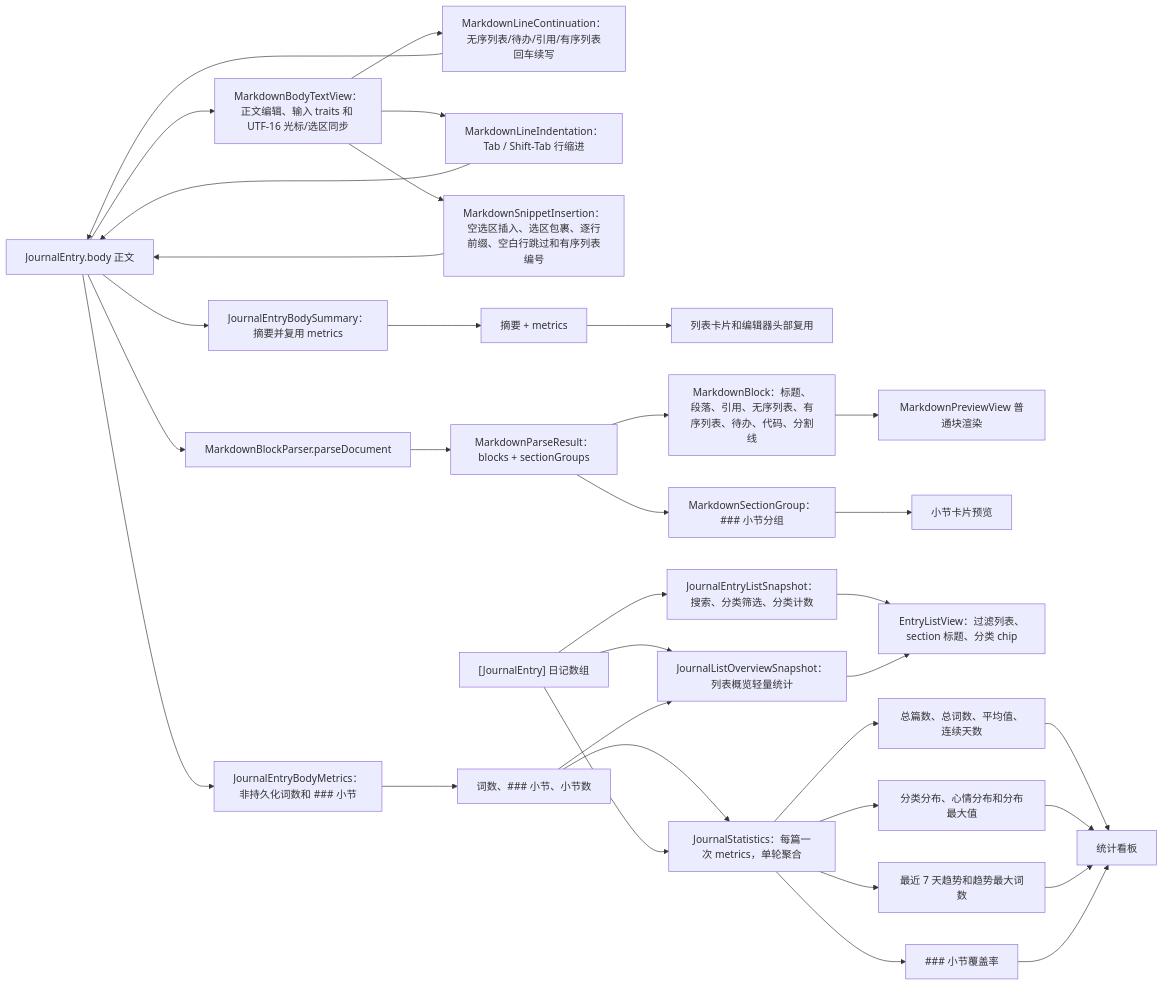
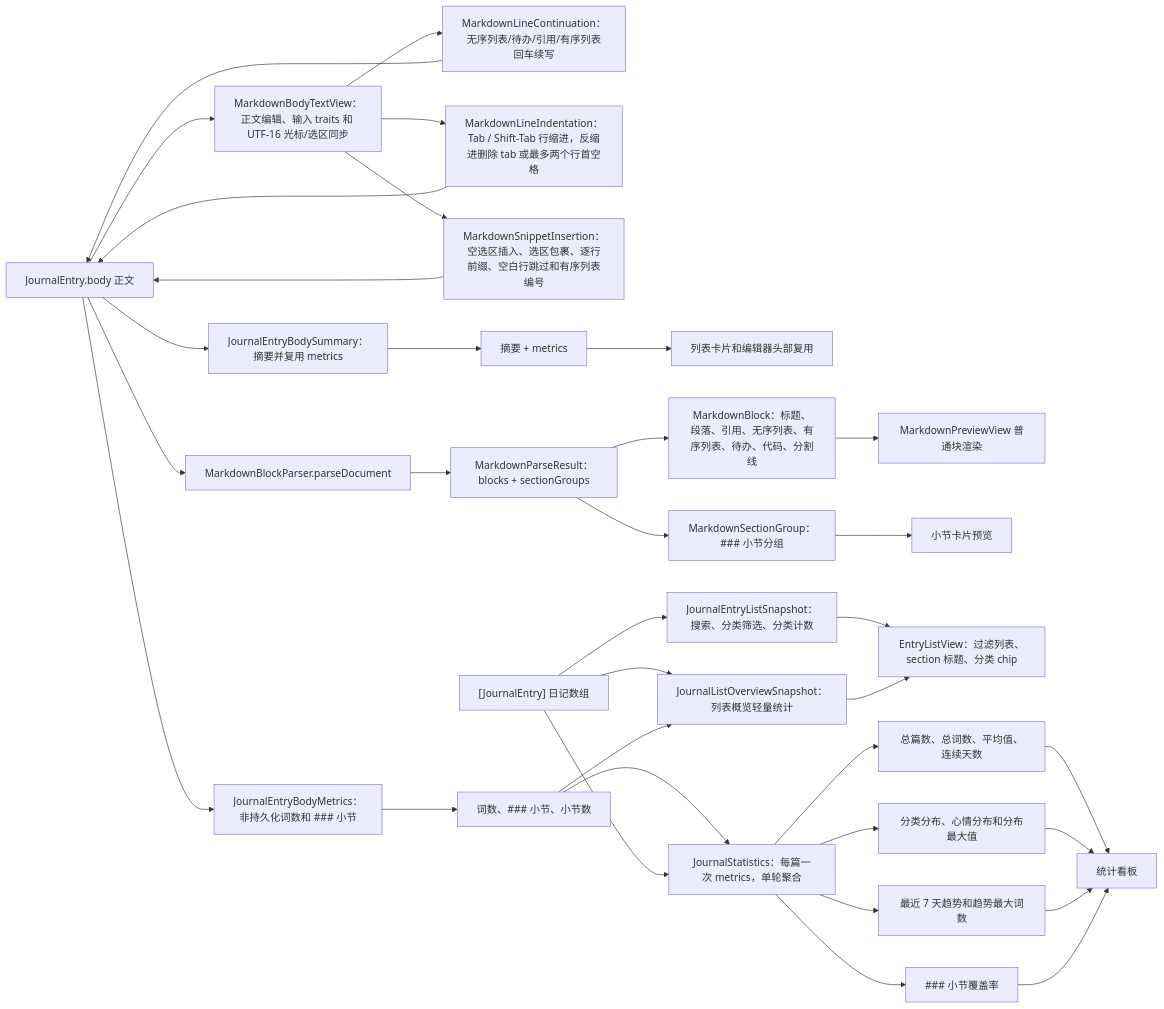
The fourth of 6 diagrams in md/flow/flowchart.md (Altman-sam114/117), drawn with Mermaid before and after one commit. The commit also changed other lines of this file and 8 other files, not shown here.

````diff
--- a/md/flow/flowchart.md
+++ b/md/flow/flowchart.md
@@ -119,36 +119,36 @@
 ```mermaid
 flowchart LR
   Body["JournalEntry.body 正文"] --> MetricsNode2["JournalEntryBodyMetrics：非持久化词数和 ### 小节"]
   Body --> Summary["JournalEntryBodySummary：摘要并复用 metrics"]
   Body --> BodyText["MarkdownBodyTextView：正文编辑、输入 traits 和 UTF-16 光标/选区同步"]
   BodyText --> ContinueRule["MarkdownLineContinuation：无序列表/待办/引用/有序列表回车续写"]
   ContinueRule --> Body
-  BodyText --> IndentRule["MarkdownLineIndentation：Tab / Shift-Tab 行缩进"]
+  BodyText --> IndentRule["MarkdownLineIndentation：Tab / Shift-Tab 行缩进，反缩进删除 tab 或最多两个行首空格"]
   IndentRule --> Body
   BodyText --> InsertRule["MarkdownSnippetInsertion：空选区插入、选区包裹、逐行前缀、空白行跳过和有序列表编号"]
   InsertRule --> Body
   MetricsNode2 --> MetricsData["词数、### 小节、小节数"]
   Summary --> Excerpt["摘要 + metrics"]
   Excerpt --> RowEditor["列表卡片和编辑器头部复用"]
   MetricsData --> Statistics["JournalStatistics：每篇一次 metrics，单轮聚合"]
   Body --> Parse["MarkdownBlockParser.parseDocument"]
   Parse --> Result["MarkdownParseResult：blocks + sectionGroups"]
   Result --> Blocks["MarkdownBlock：标题、段落、引用、无序列表、有序列表、待办、代码、分割线"]
   Blocks --> Preview["MarkdownPreviewView 普通块渲染"]
   Result --> Sections["MarkdownSectionGroup：### 小节分组"]
   Sections --> SectionPreview["小节卡片预览"]
   Entries["[JournalEntry] 日记数组"] --> Statistics
   Entries --> ListSnapshot2["JournalEntryListSnapshot：搜索、分类筛选、分类计数"]
   ListSnapshot2 --> ListView["EntryListView：过滤列表、section 标题、分类 chip"]
   Entries --> ListOverview2["JournalListOverviewSnapshot：列表概览轻量统计"]
   MetricsData --> ListOverview2
   ListOverview2 --> ListView
   Statistics --> Metrics["总篇数、总词数、平均值、连续天数"]
   Statistics --> Distributions["分类分布、心情分布和分布最大值"]
   Statistics --> Trend["最近 7 天趋势和趋势最大词数"]
   Statistics --> Coverage["### 小节覆盖率"]
   Metrics --> Dashboard["统计看板"]
   Distributions --> Dashboard
   Trend --> Dashboard
   Coverage --> Dashboard
 ```
````
